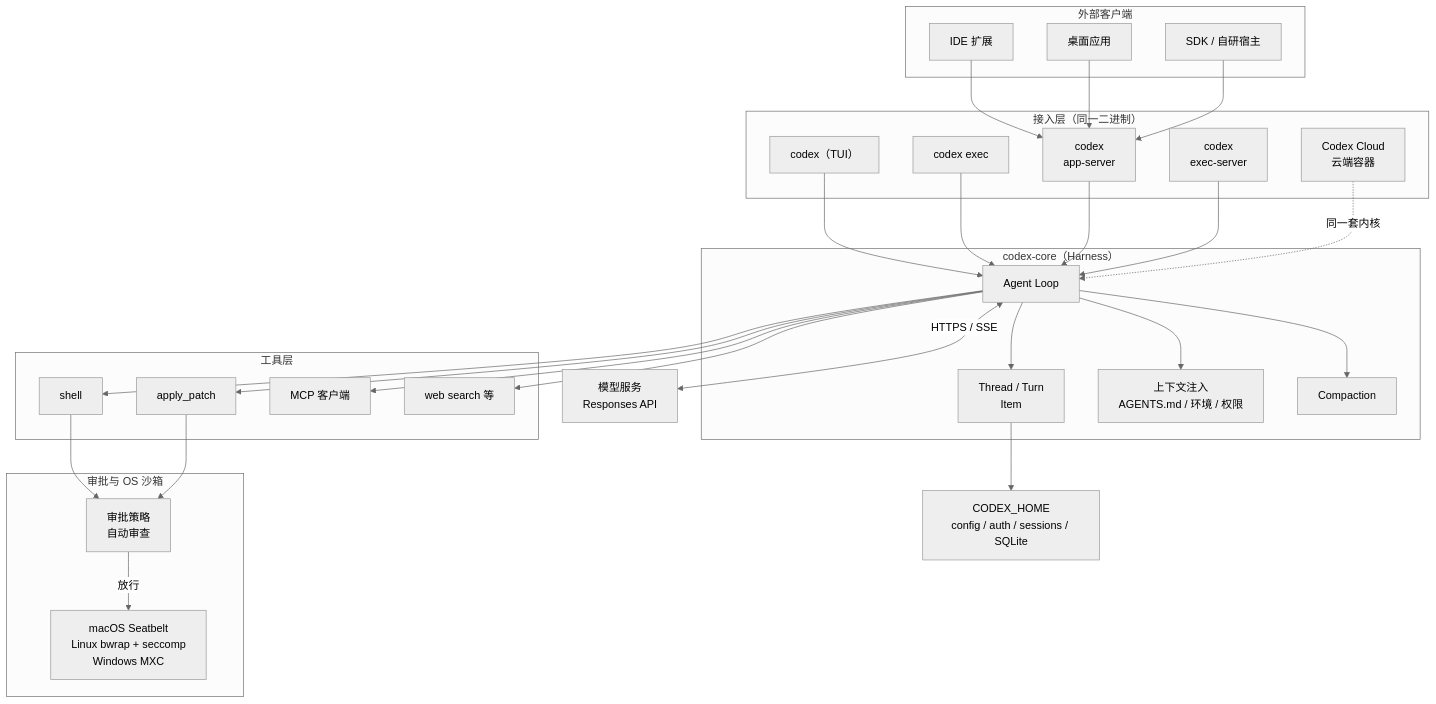
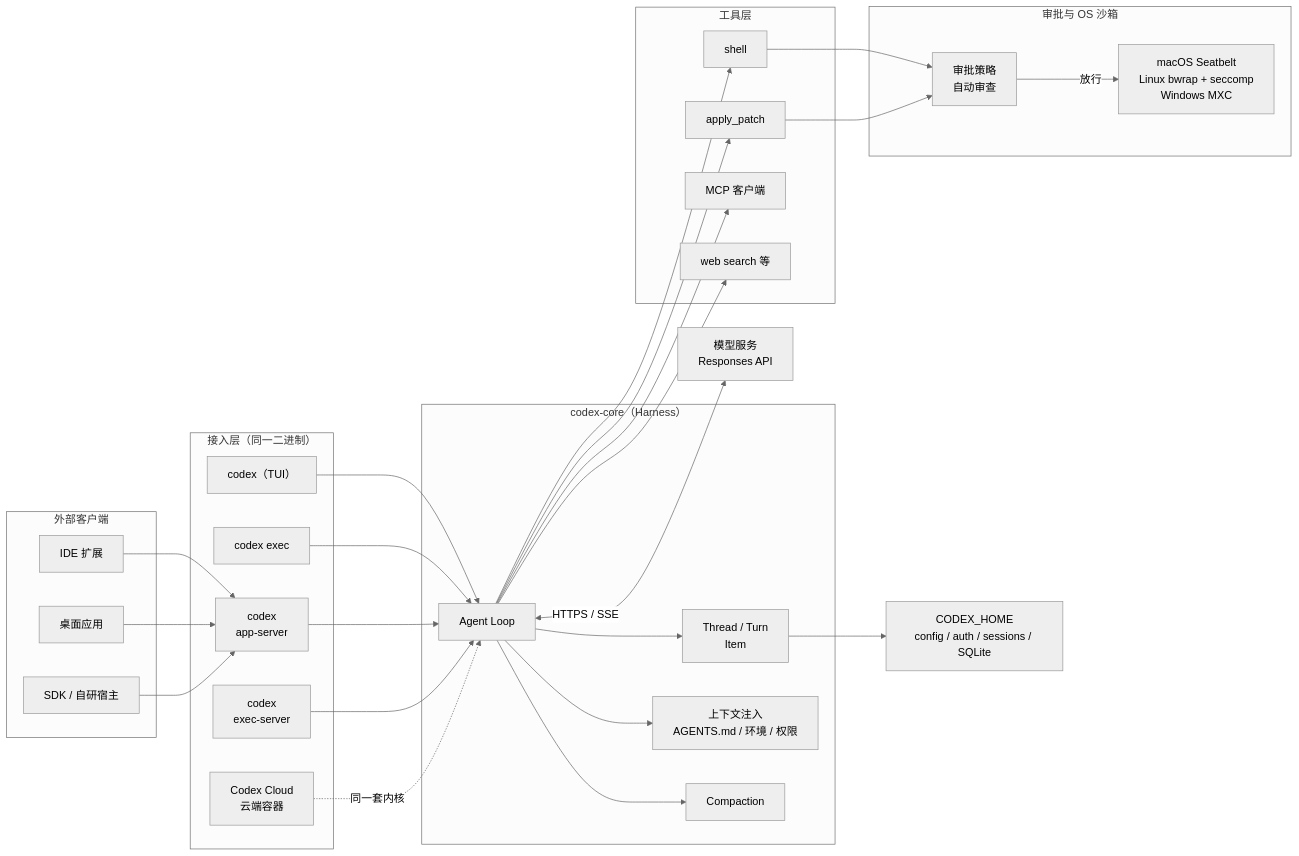
The first of 5 diagrams in Code/ai/harness/codex/codex@架构和设计以及组成部分说明.md (xuchaoxin1375/blogs), drawn with Mermaid (neutral theme) before and after one commit. The commit also changed 4 other files, not shown here.

````diff
--- a/Code/ai/harness/codex/codex@架构和设计以及组成部分说明.md
+++ b/Code/ai/harness/codex/codex@架构和设计以及组成部分说明.md
@@ -41,54 +41,54 @@
 ```mermaid
-flowchart TB
+flowchart LR
     subgraph CLIENT["外部客户端"]
         IDE["IDE 扩展"]
         DESK["桌面应用"]
         SDK["SDK / 自研宿主"]
     end
     subgraph SURFACE["接入层（同一二进制）"]
         TUI["codex（TUI）"]
         EXEC["codex exec"]
         AS["codex<br>app-server"]
         ES["codex<br>exec-server"]
         CLOUD["Codex Cloud<br>云端容器"]
     end
     subgraph CORE["codex-core（Harness）"]
         LOOP["Agent Loop"]
         TH["Thread / Turn<br>Item"]
         CTX["上下文注入<br>AGENTS.md / 环境 / 权限"]
         CMP["Compaction"]
     end
     subgraph TOOL["工具层"]
         SH["shell"]
         AP["apply_patch"]
         MC["MCP 客户端"]
         WEB["web search 等"]
     end
     subgraph SAFE["审批与 OS 沙箱"]
         APR["审批策略<br>自动审查"]
         SBX["macOS Seatbelt<br>Linux bwrap + seccomp<br>Windows MXC"]
     end
     MODEL["模型服务<br>Responses API"]
     STATE["CODEX_HOME<br>config / auth / sessions / SQLite"]
 
     IDE --> AS
     DESK --> AS
     SDK --> AS
     TUI --> LOOP
     EXEC --> LOOP
     AS --> LOOP
     ES --> LOOP
     CLOUD -.->|"同一套内核"| LOOP
     LOOP --> TH
     LOOP --> CTX
     LOOP --> CMP
     LOOP --> SH
     LOOP --> AP
     LOOP --> MC
     LOOP --> WEB
     SH --> APR
     AP --> APR
     APR -->|"放行"| SBX
     LOOP <-->|"HTTPS / SSE"| MODEL
     TH --> STATE
 ```
````
